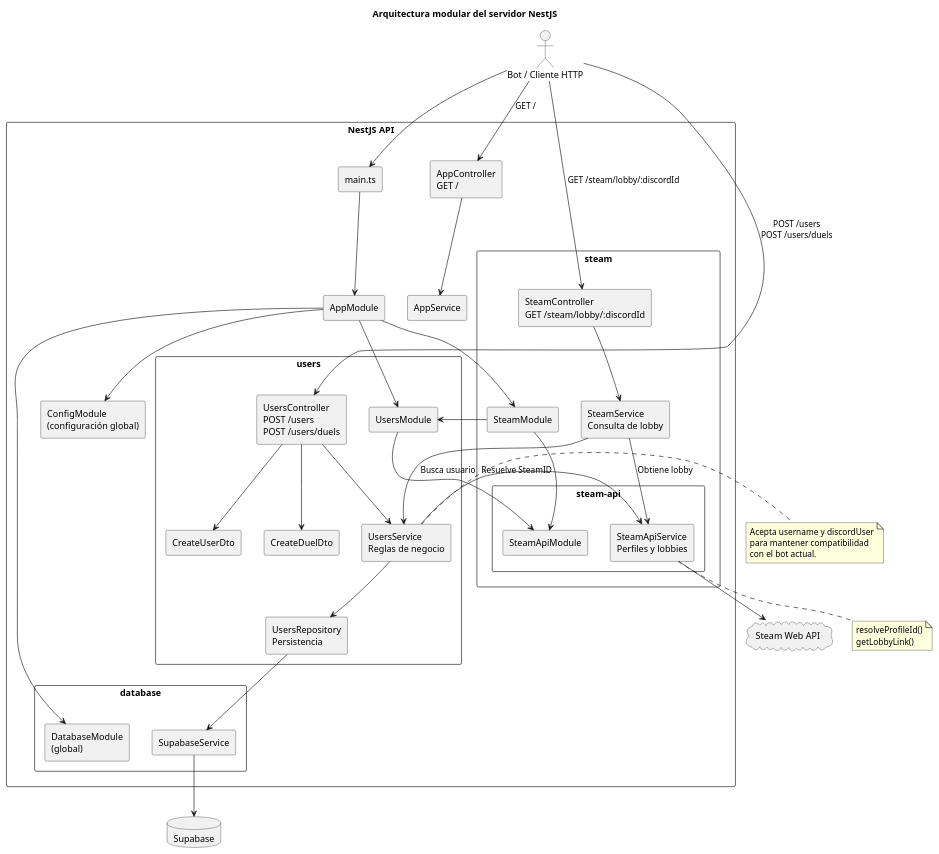
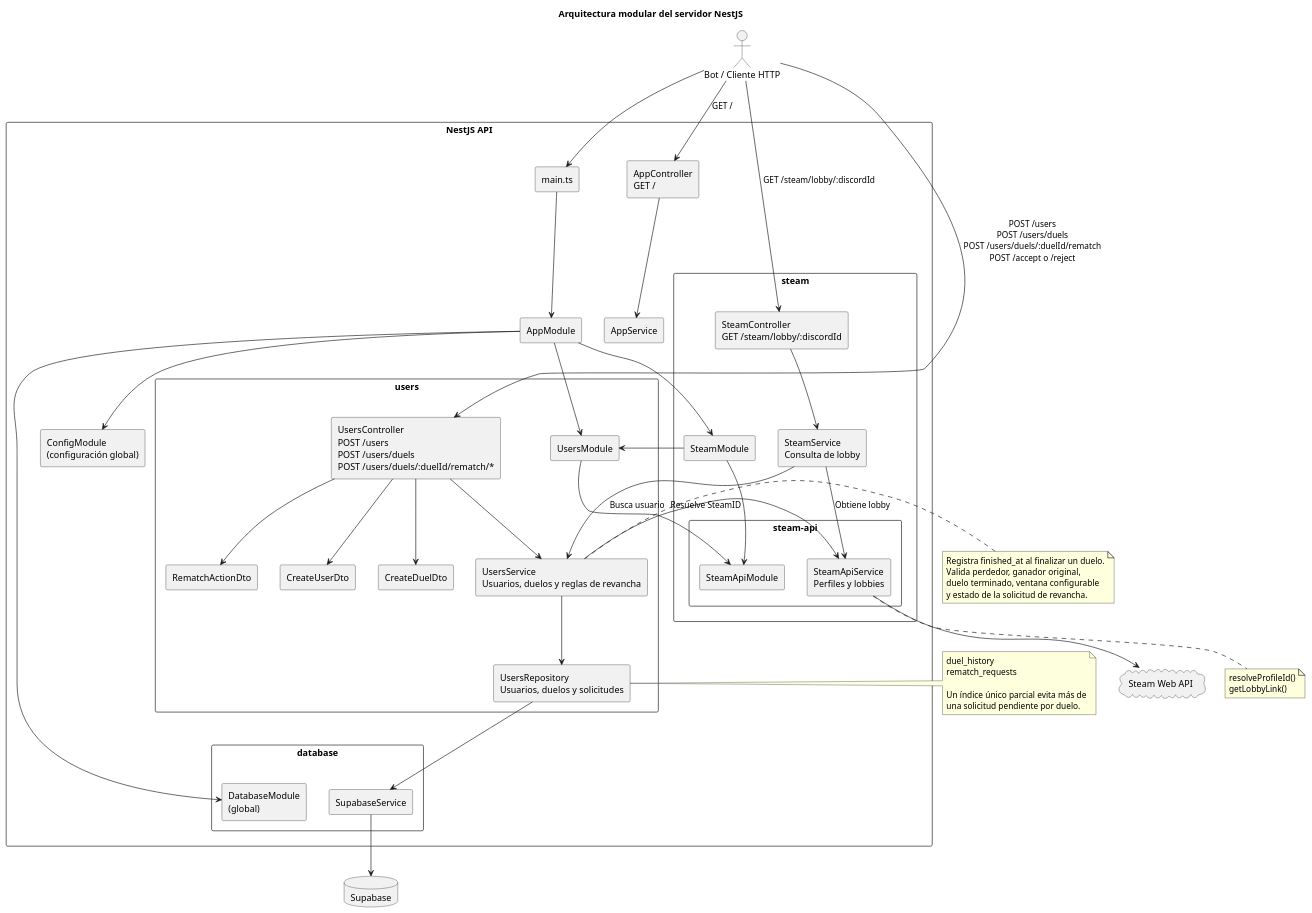
One commit to shorsho21/usf4-lobby-manager changed the diagram in docs/nest-architecture.puml. Above: the diagram before and after it, drawn with PlantUML. The commit also changed 1 other file, not shown here.

Commit message:
update: uml

```diff
--- a/docs/nest-architecture.puml
+++ b/docs/nest-architecture.puml
@@ -1,81 +1,92 @@
 @startuml
 title Arquitectura modular del servidor NestJS
 skinparam componentStyle rectangle
 skinparam packageStyle rectangle
 
 actor "Bot / Cliente HTTP" as client
 cloud "Steam Web API" as steamApi
 database "Supabase" as supabase
 
 package "NestJS API" {
   component "main.ts" as main
   component "AppModule" as appModule
   component "ConfigModule\n(configuración global)" as config
   component "AppController\nGET /" as appController
   component "AppService" as appService
 
   package "database" {
     component "DatabaseModule\n(global)" as databaseModule
     component "SupabaseService" as supabaseService
   }
 
   package "users" {
     component "UsersModule" as usersModule
-    component "UsersController\nPOST /users\nPOST /users/duels" as usersController
-    component "UsersService\nReglas de negocio" as usersService
-    component "UsersRepository\nPersistencia" as usersRepository
+    component "UsersController\nPOST /users\nPOST /users/duels\nPOST /users/duels/:duelId/rematch/*" as usersController
+    component "UsersService\nUsuarios, duelos y reglas de revancha" as usersService
+    component "UsersRepository\nUsuarios, duelos y solicitudes" as usersRepository
     component "CreateUserDto" as createUserDto
     component "CreateDuelDto" as createDuelDto
+    component "RematchActionDto" as rematchActionDto
   }
 
   package "steam" {
     component "SteamModule" as steamModule
     component "SteamController\nGET /steam/lobby/:discordId" as steamController
     component "SteamService\nConsulta de lobby" as steamService
 
     package "steam-api" {
       component "SteamApiModule" as steamApiModule
       component "SteamApiService\nPerfiles y lobbies" as steamApiService
     }
   }
 }
 
 client --> main
 main --> appModule
 appModule --> config
 appModule --> databaseModule
 appModule --> usersModule
 appModule --> steamModule
 appController --> appService
 
 client --> appController : GET /
-client --> usersController : POST /users\nPOST /users/duels
+client --> usersController : POST /users\nPOST /users/duels\nPOST /users/duels/:duelId/rematch\nPOST /accept o /reject
 client --> steamController : GET /steam/lobby/:discordId
 
 usersModule --> steamApiModule
 usersController --> createUserDto
 usersController --> createDuelDto
+usersController --> rematchActionDto
 usersController --> usersService
 usersService --> usersRepository
 usersService --> steamApiService : Resuelve SteamID
 usersRepository --> supabaseService
 supabaseService --> supabase
 
 steamModule --> usersModule
 steamModule --> steamApiModule
 steamController --> steamService
 steamService --> usersService : Busca usuario
 steamService --> steamApiService : Obtiene lobby
 steamApiService --> steamApi
 
 note right of usersService
-  Acepta username y discordUser
-  para mantener compatibilidad
-  con el bot actual.
+  Registra finished_at al finalizar un duelo.
+  Valida perdedor, ganador original,
+  duelo terminado, ventana configurable
+  y estado de la solicitud de revancha.
+end note
+
+note right of usersRepository
+  duel_history
+  rematch_requests
+
+  Un índice único parcial evita más de
+  una solicitud pendiente por duelo.
 end note
 
 note bottom of steamApiService
   resolveProfileId()
   getLobbyLink()
 end note
 @enduml
```
